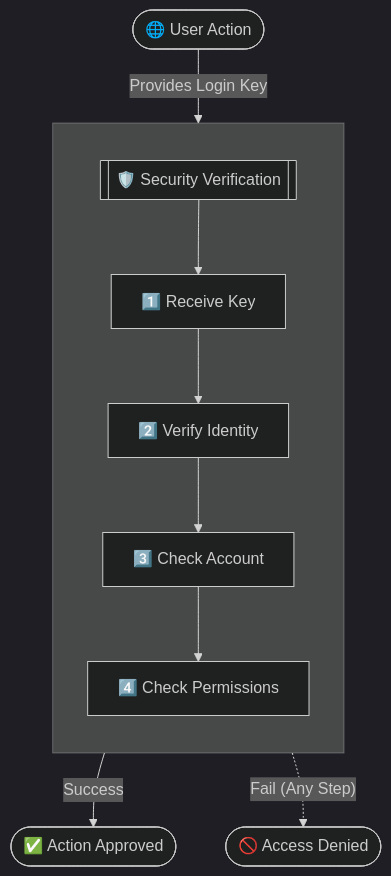
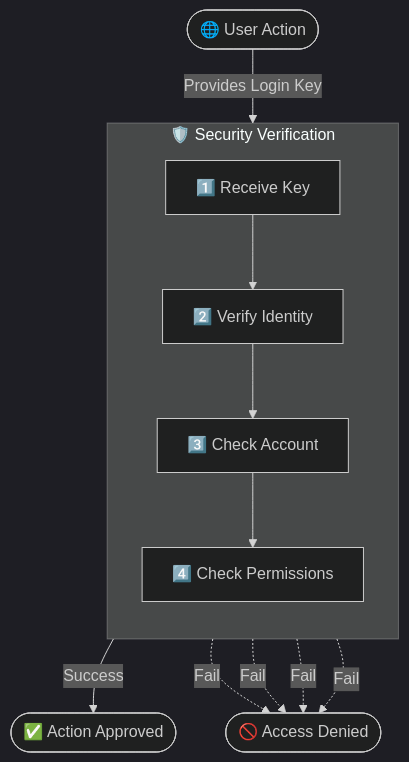
Before and after one commit to Himanshu-Singh11/Feedback-Collector: the second of 2 diagrams in README.md, drawn with Mermaid (dark theme).

Commit message:
docs: Revert Security Verification diagram to standard subgraph title

````diff
--- a/README.md
+++ b/README.md
@@ -107,23 +107,25 @@
 ```mermaid
 flowchart TD
     Request(["🌐 User Action"])
     
-    subgraph Middleware [" "]
+    subgraph Middleware ["🛡️ Security Verification"]
         direction TB
-        Sec[["🛡️ Security Verification"]]
         T["1️⃣ Receive Key"]
         V["2️⃣ Verify Identity"]
         U["3️⃣ Check Account"]
         R["4️⃣ Check Permissions"]
         
-        Sec --> T --> V --> U --> R
+        T --> V --> U --> R
     end
     
     Block(["🚫 Access Denied"])
     Allow(["✅ Action Approved"])
 
-    Request -- "Provides Login Key" --> Sec
+    Request -- "Provides Login Key" --> Middleware
     R -- "Success" --> Allow
     
-    Middleware -. "Fail (Any Step)" .-> Block
+    T -. "Fail" .-> Block
+    V -. "Fail" .-> Block
+    U -. "Fail" .-> Block
+    R -. "Fail" .-> Block
 ```
````
